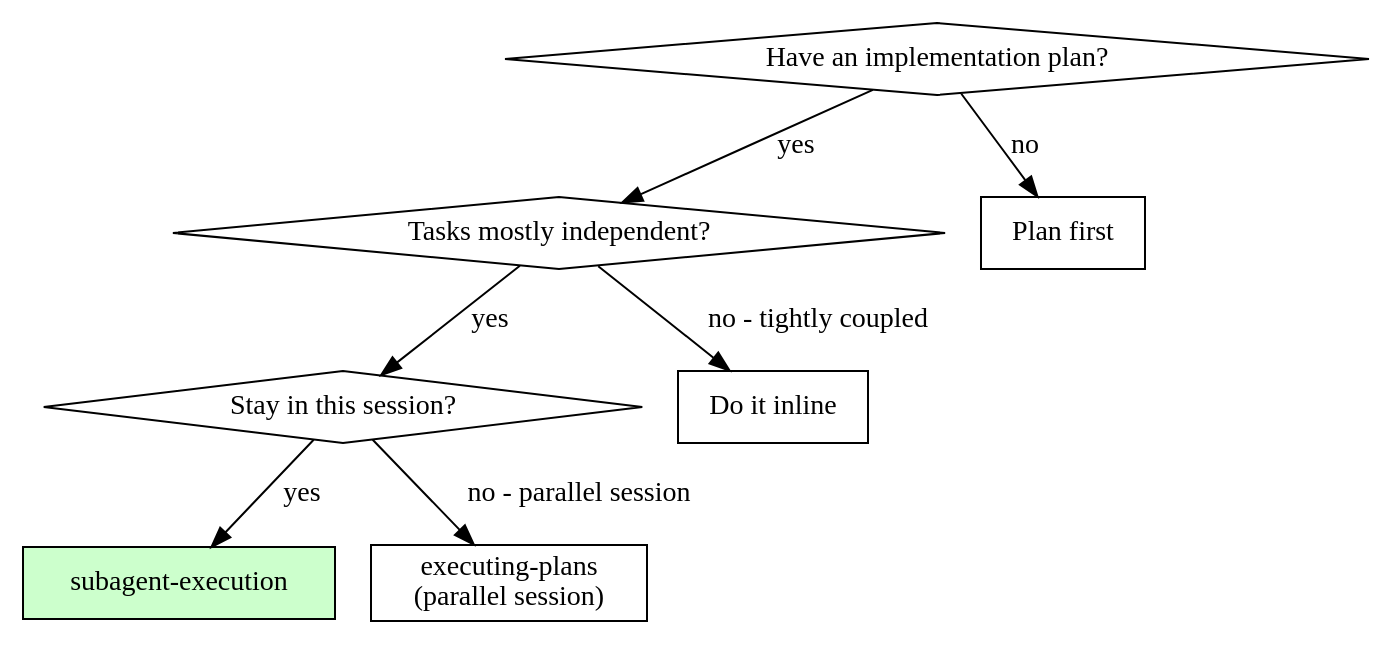
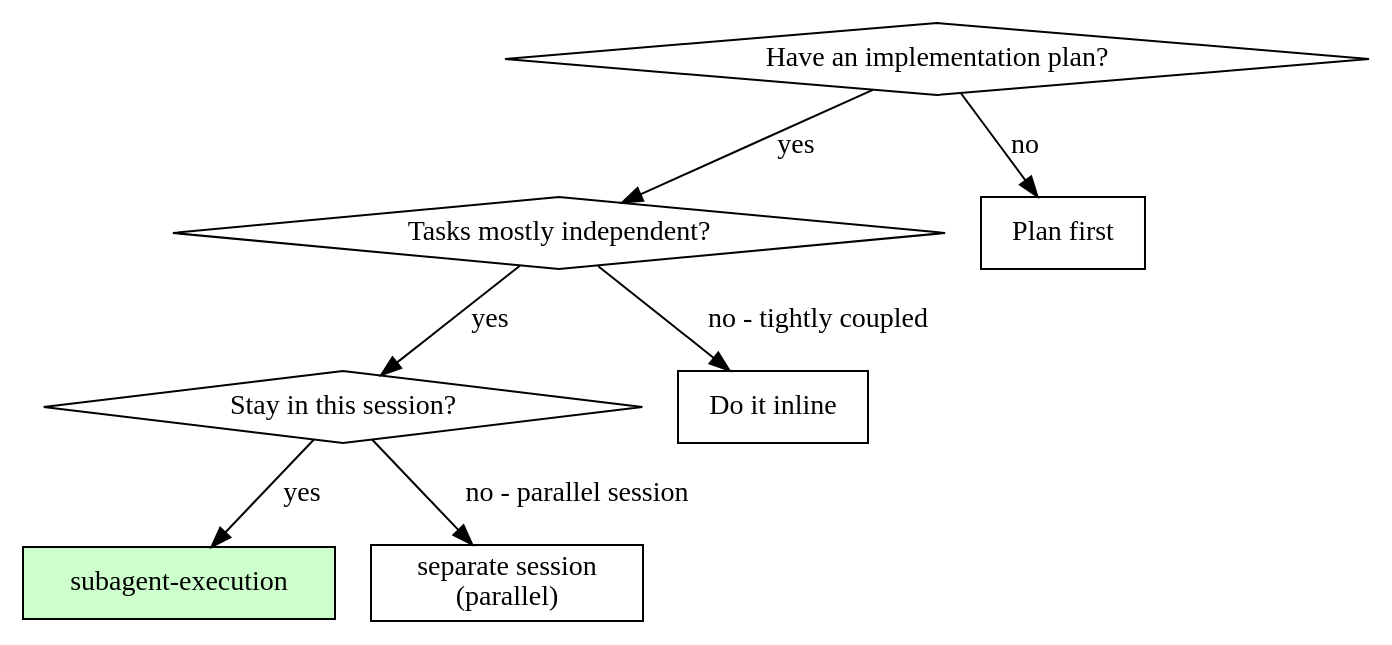
One commit to devopstales/aiskillgrid changed the first of 2 diagrams in .agents/skills/subagent-execution/SKILL.md. Above: the diagram before and after it, drawn with Graphviz. The commit also changed other lines of this file and 15 other files, not shown here.

````diff
--- a/.agents/skills/subagent-execution/SKILL.md
+++ b/.agents/skills/subagent-execution/SKILL.md
@@ -35,18 +35,18 @@
 ```dot
 digraph when_to_use {
   rankdir=TB;
   plan [label="Have an implementation plan?", shape=diamond];
   indep [label="Tasks mostly independent?", shape=diamond];
   session [label="Stay in this session?", shape=diamond];
   planfirst [label="Plan first", shape=box];
   inline [label="Do it inline", shape=box];
   this [label="subagent-execution", shape=box, style=filled, fillcolor="#ccffcc"];
-  parallel [label="executing-plans\n(parallel session)", shape=box];
+  parallel [label="separate session\n(parallel)", shape=box];
   plan -> indep [label="yes"];
   plan -> planfirst [label="no"];
   indep -> session [label="yes"];
   indep -> inline [label="no - tightly coupled"];
   session -> this [label="yes"];
   session -> parallel [label="no - parallel session"];
 }
 ```
````
